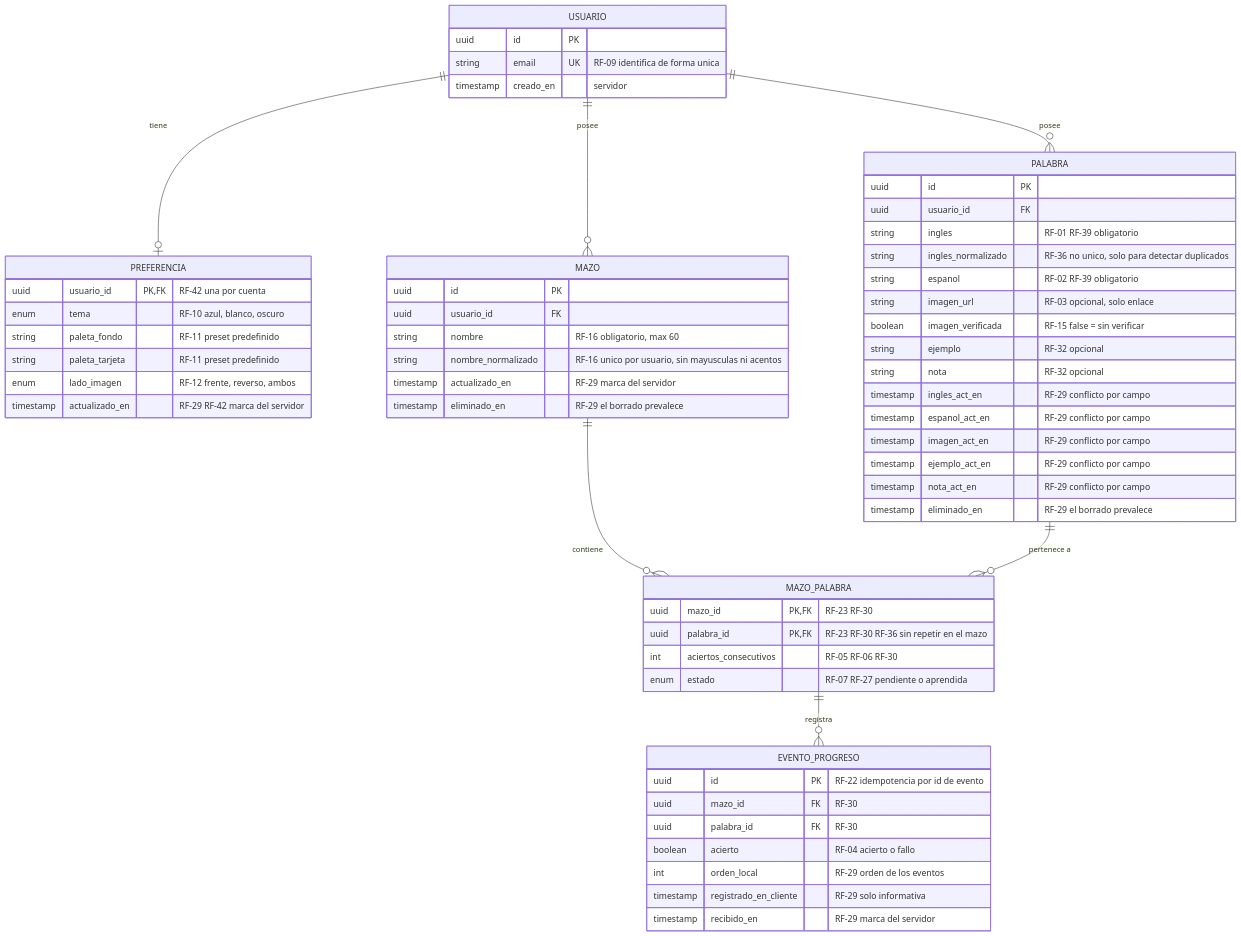
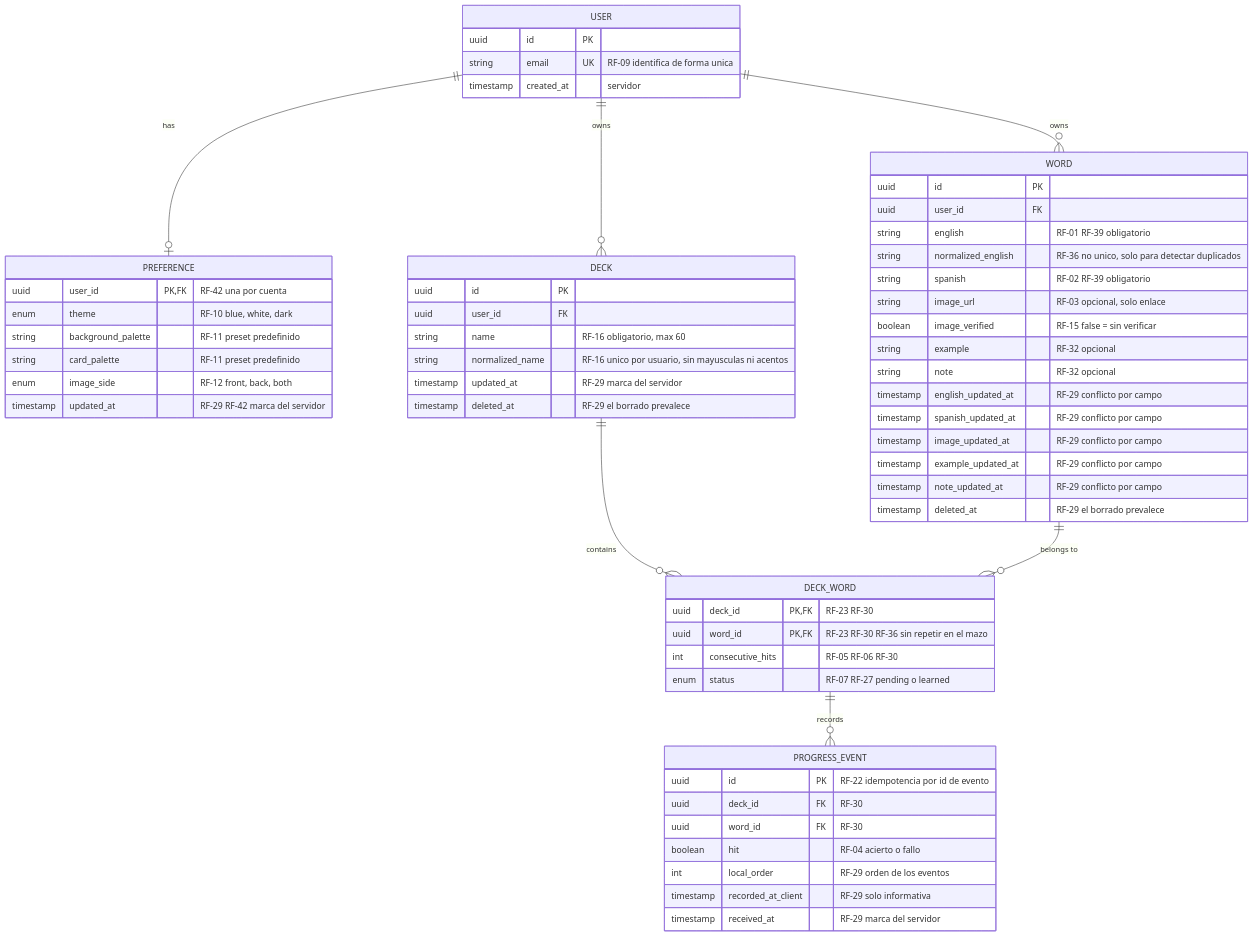
One commit to luispazreyes/Miracle-Flashcards changed the diagram in architecture/er_diagram.md. Above: the diagram before and after it, drawn with Mermaid. The commit also changed other lines of this file and 163 other files, not shown here.

````diff
--- a/architecture/er_diagram.md
+++ b/architecture/er_diagram.md
@@ -9,68 +10,68 @@
 ```mermaid
 erDiagram
-    USUARIO ||--o| PREFERENCIA : "tiene"
-    USUARIO ||--o{ MAZO : "posee"
-    USUARIO ||--o{ PALABRA : "posee"
-    MAZO ||--o{ MAZO_PALABRA : "contiene"
-    PALABRA ||--o{ MAZO_PALABRA : "pertenece a"
-    MAZO_PALABRA ||--o{ EVENTO_PROGRESO : "registra"
+    USER ||--o| PREFERENCE : "has"
+    USER ||--o{ DECK : "owns"
+    USER ||--o{ WORD : "owns"
+    DECK ||--o{ DECK_WORD : "contains"
+    WORD ||--o{ DECK_WORD : "belongs to"
+    DECK_WORD ||--o{ PROGRESS_EVENT : "records"
 
-    USUARIO {
+    USER {
         uuid id PK
         string email UK "RF-09 identifica de forma unica"
-        timestamp creado_en "servidor"
+        timestamp created_at "servidor"
     }
 
-    PREFERENCIA {
-        uuid usuario_id PK, FK "RF-42 una por cuenta"
-        enum tema "RF-10 azul, blanco, oscuro"
-        string paleta_fondo "RF-11 preset predefinido"
-        string paleta_tarjeta "RF-11 preset predefinido"
-        enum lado_imagen "RF-12 frente, reverso, ambos"
-        timestamp actualizado_en "RF-29 RF-42 marca del servidor"
+    PREFERENCE {
+        uuid user_id PK, FK "RF-42 una por cuenta"
+        enum theme "RF-10 blue, white, dark"
+        string background_palette "RF-11 preset predefinido"
+        string card_palette "RF-11 preset predefinido"
+        enum image_side "RF-12 front, back, both"
+        timestamp updated_at "RF-29 RF-42 marca del servidor"
     }
 
-    MAZO {
+    DECK {
         uuid id PK
-        uuid usuario_id FK
-        string nombre "RF-16 obligatorio, max 60"
-        string nombre_normalizado "RF-16 unico por usuario, sin mayusculas ni acentos"
-        timestamp actualizado_en "RF-29 marca del servidor"
-        timestamp eliminado_en "RF-29 el borrado prevalece"
+        uuid user_id FK
+        string name "RF-16 obligatorio, max 60"
+        string normalized_name "RF-16 unico por usuario, sin mayusculas ni acentos"
+        timestamp updated_at "RF-29 marca del servidor"
+        timestamp deleted_at "RF-29 el borrado prevalece"
     }
 
-    PALABRA {
+    WORD {
         uuid id PK
-        uuid usuario_id FK
-        string ingles "RF-01 RF-39 obligatorio"
-        string ingles_normalizado "RF-36 no unico, solo para detectar duplicados"
-        string espanol "RF-02 RF-39 obligatorio"
-        string imagen_url "RF-03 opcional, solo enlace"
-        boolean imagen_verificada "RF-15 false = sin verificar"
-        string ejemplo "RF-32 opcional"
-        string nota "RF-32 opcional"
-        timestamp ingles_act_en "RF-29 conflicto por campo"
-        timestamp espanol_act_en "RF-29 conflicto por campo"
-        timestamp imagen_act_en "RF-29 conflicto por campo"
-        timestamp ejemplo_act_en "RF-29 conflicto por campo"
-        timestamp nota_act_en "RF-29 conflicto por campo"
-        timestamp eliminado_en "RF-29 el borrado prevalece"
+        uuid user_id FK
+        string english "RF-01 RF-39 obligatorio"
+        string normalized_english "RF-36 no unico, solo para detectar duplicados"
+        string spanish "RF-02 RF-39 obligatorio"
+        string image_url "RF-03 opcional, solo enlace"
+        boolean image_verified "RF-15 false = sin verificar"
+        string example "RF-32 opcional"
+        string note "RF-32 opcional"
+        timestamp english_updated_at "RF-29 conflicto por campo"
+        timestamp spanish_updated_at "RF-29 conflicto por campo"
+        timestamp image_updated_at "RF-29 conflicto por campo"
+        timestamp example_updated_at "RF-29 conflicto por campo"
+        timestamp note_updated_at "RF-29 conflicto por campo"
+        timestamp deleted_at "RF-29 el borrado prevalece"
     }
 
-    MAZO_PALABRA {
-        uuid mazo_id PK, FK "RF-23 RF-30"
-        uuid palabra_id PK, FK "RF-23 RF-30 RF-36 sin repetir en el mazo"
-        int aciertos_consecutivos "RF-05 RF-06 RF-30"
-        enum estado "RF-07 RF-27 pendiente o aprendida"
+    DECK_WORD {
+        uuid deck_id PK, FK "RF-23 RF-30"
+        uuid word_id PK, FK "RF-23 RF-30 RF-36 sin repetir en el mazo"
+        int consecutive_hits "RF-05 RF-06 RF-30"
+        enum status "RF-07 RF-27 pending o learned"
     }
 
-    EVENTO_PROGRESO {
+    PROGRESS_EVENT {
         uuid id PK "RF-22 idempotencia por id de evento"
-        uuid mazo_id FK "RF-30"
-        uuid palabra_id FK "RF-30"
-        boolean acierto "RF-04 acierto o fallo"
-        int orden_local "RF-29 orden de los eventos"
-        timestamp registrado_en_cliente "RF-29 solo informativa"
-        timestamp recibido_en "RF-29 marca del servidor"
+        uuid deck_id FK "RF-30"
+        uuid word_id FK "RF-30"
+        boolean hit "RF-04 acierto o fallo"
+        int local_order "RF-29 orden de los eventos"
+        timestamp recorded_at_client "RF-29 solo informativa"
+        timestamp received_at "RF-29 marca del servidor"
     }
 ```
````
